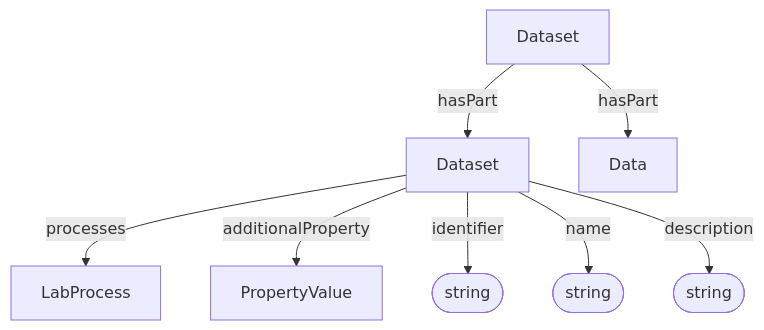
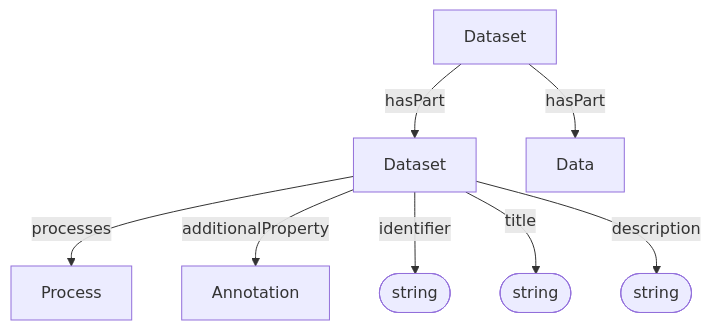
The diagram in docs/spec/core/Dataset.md (HLWeil/ProcessCore), drawn with Mermaid before and after one commit. The commit also changed other lines of this file and 134 other files, not shown here.

````diff
--- a/docs/spec/core/Dataset.md
+++ b/docs/spec/core/Dataset.md
@@ -35,18 +35,18 @@
 ```mermaid
 flowchart TD
 
     id@{ shape: stadium, label: "string" }
     na@{ shape: stadium, label: "string" }
     de@{ shape: stadium, label: "string" }
 
     d[Dataset]
-    Dataset --processes--> LabProcess
+    Dataset --processes--> Process
     d --hasPart--> Dataset
     d --hasPart--> Data
-    Dataset --additionalProperty--> PropertyValue
+    Dataset --additionalProperty--> Annotation
     Dataset --identifier--> id
-    Dataset --name--> na
+    Dataset --title--> na
     Dataset --description--> de
 
 
 ```
````
